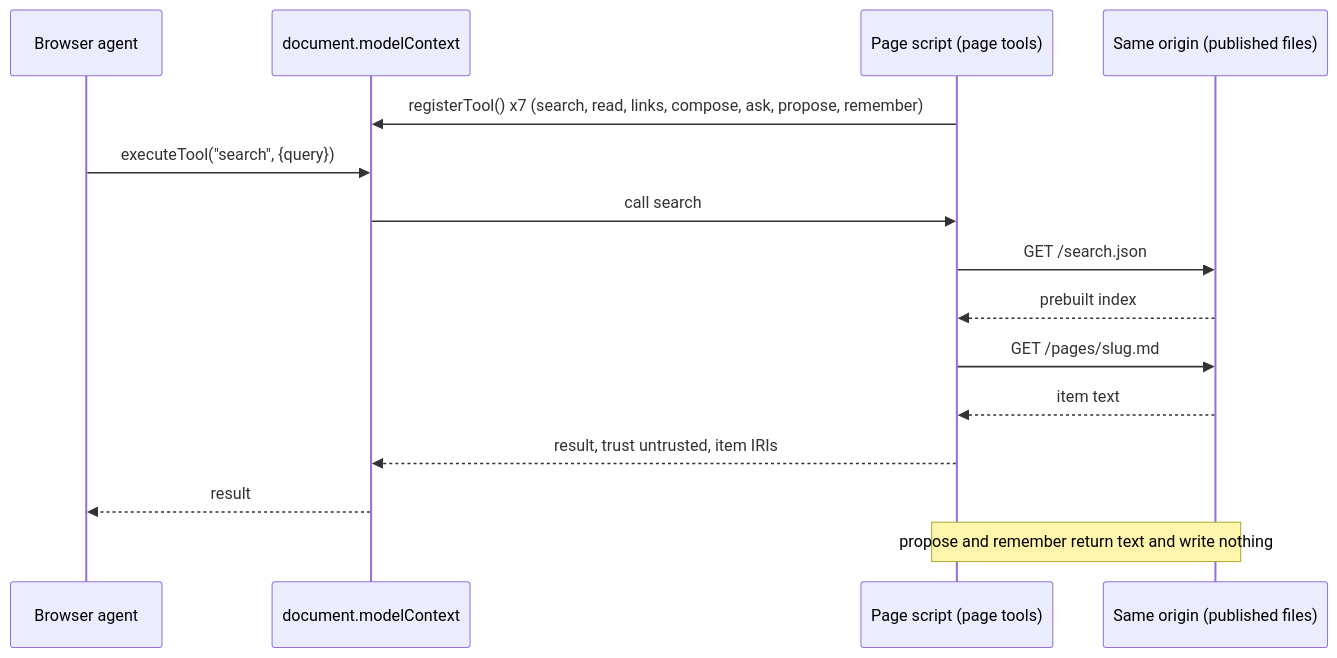
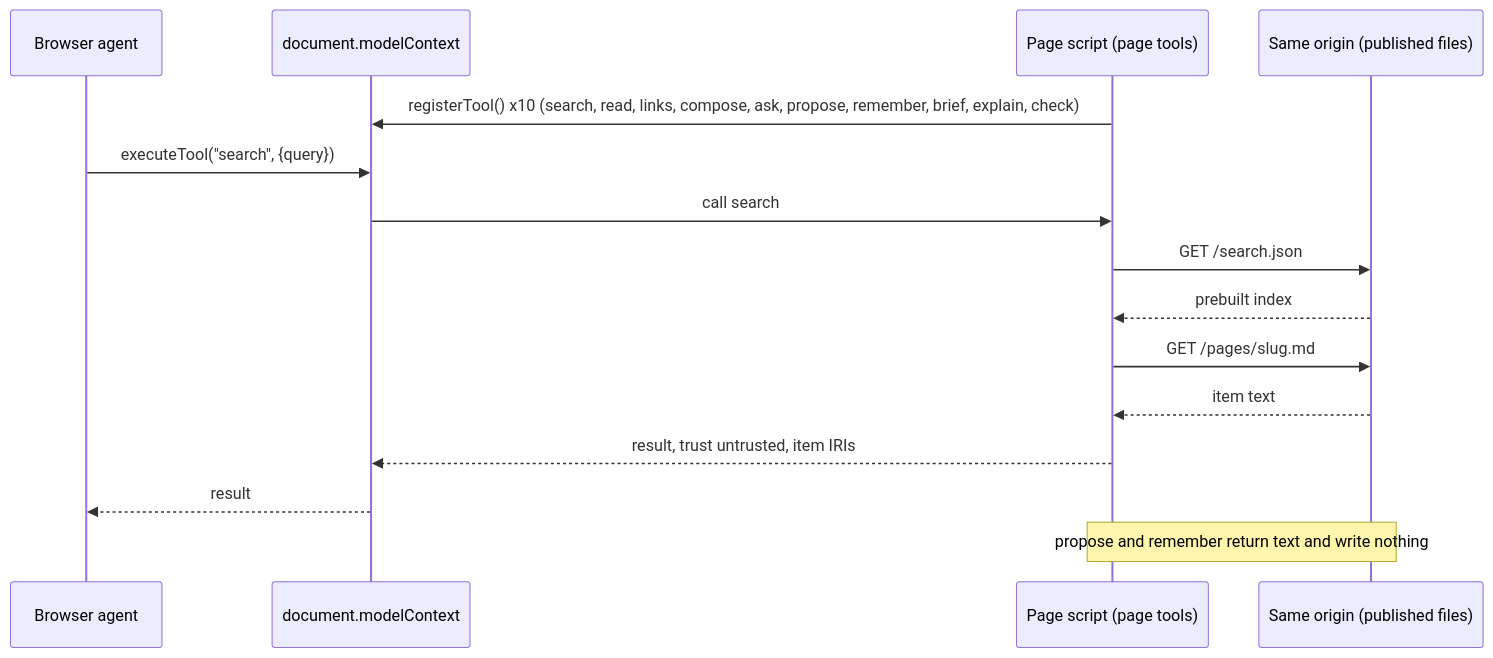
Before and after one commit to andreibesleaga/agentic-system-core: the diagram in docs/diagrams/flow-page-tool-call.md, drawn with Mermaid. The commit also changed 43 other files, not shown here.

````diff
--- a/docs/diagrams/flow-page-tool-call.md
+++ b/docs/diagrams/flow-page-tool-call.md
@@ -11,17 +11,17 @@
 ```mermaid
 sequenceDiagram
   participant AG as Browser agent
   participant MC as document.modelContext
   participant PG as Page script (page tools)
   participant NODE as Same origin (published files)
-  PG->>MC: registerTool() x7 (search, read, links, compose, ask, propose, remember)
+  PG->>MC: registerTool() x10 (search, read, links, compose, ask, propose, remember, brief, explain, check)
   AG->>MC: executeTool("search", {query})
   MC->>PG: call search
   PG->>NODE: GET /search.json
   NODE-->>PG: prebuilt index
   PG->>NODE: GET /pages/slug.md
   NODE-->>PG: item text
   PG-->>MC: result, trust untrusted, item IRIs
   MC-->>AG: result
   Note over PG,NODE: propose and remember return text and write nothing
 ```
````
